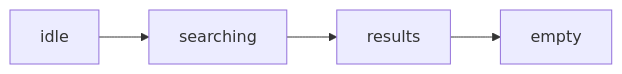
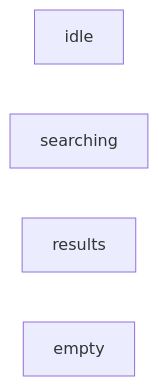
The diagram in examples/case-list-search/human/spec.md (OwenBell0930/specnotary), drawn with Mermaid before and after one commit. The commit also changed other lines of this file and 20 other files, not shown here.

````diff
--- a/examples/case-list-search/human/spec.md
+++ b/examples/case-list-search/human/spec.md
@@ -70,4 +70,7 @@
 ```mermaid
 flowchart LR
-  S0["idle"] --> S1["searching"] --> S2["results"] --> S3["empty"]
+  S0["idle"]
+  S1["searching"]
+  S2["results"]
+  S3["empty"]
 ```
````
